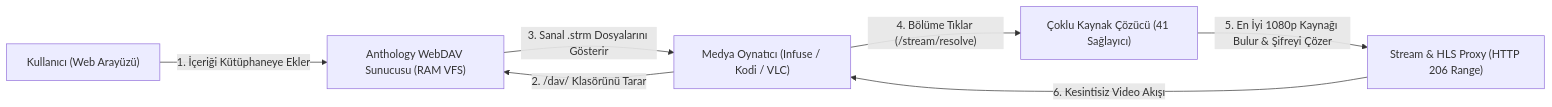
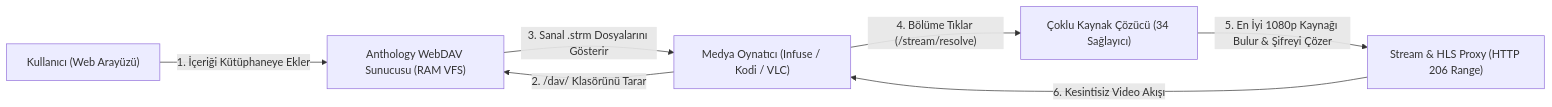
The diagram in README.md (falsisdev/anthology-dav), drawn with Mermaid before and after one commit. The commit also changed other lines of this file and 14 other files, not shown here.

````diff
--- a/README.md
+++ b/README.md
@@ -61,9 +61,9 @@
 ```mermaid
 flowchart LR
     A["Kullanıcı (Web Arayüzü)"] -- "1. İçeriği Kütüphaneye Ekler" --> B["Anthology WebDAV Sunucusu (RAM VFS)"]
     C["Medya Oynatıcı (Infuse / Kodi / VLC)"] -- "2. /dav/ Klasörünü Tarar" --> B
     B -- "3. Sanal .strm Dosyalarını Gösterir" --> C
-    C -- "4. Bölüme Tıklar (/stream/resolve)" --> D["Çoklu Kaynak Çözücü (41 Sağlayıcı)"]
+    C -- "4. Bölüme Tıklar (/stream/resolve)" --> D["Çoklu Kaynak Çözücü (34 Sağlayıcı)"]
     D -- "5. En İyi 1080p Kaynağı Bulur & Şifreyi Çözer" --> E["Stream & HLS Proxy (HTTP 206 Range)"]
     E -- "6. Kesintisiz Video Akışı" --> C
 ```
````
